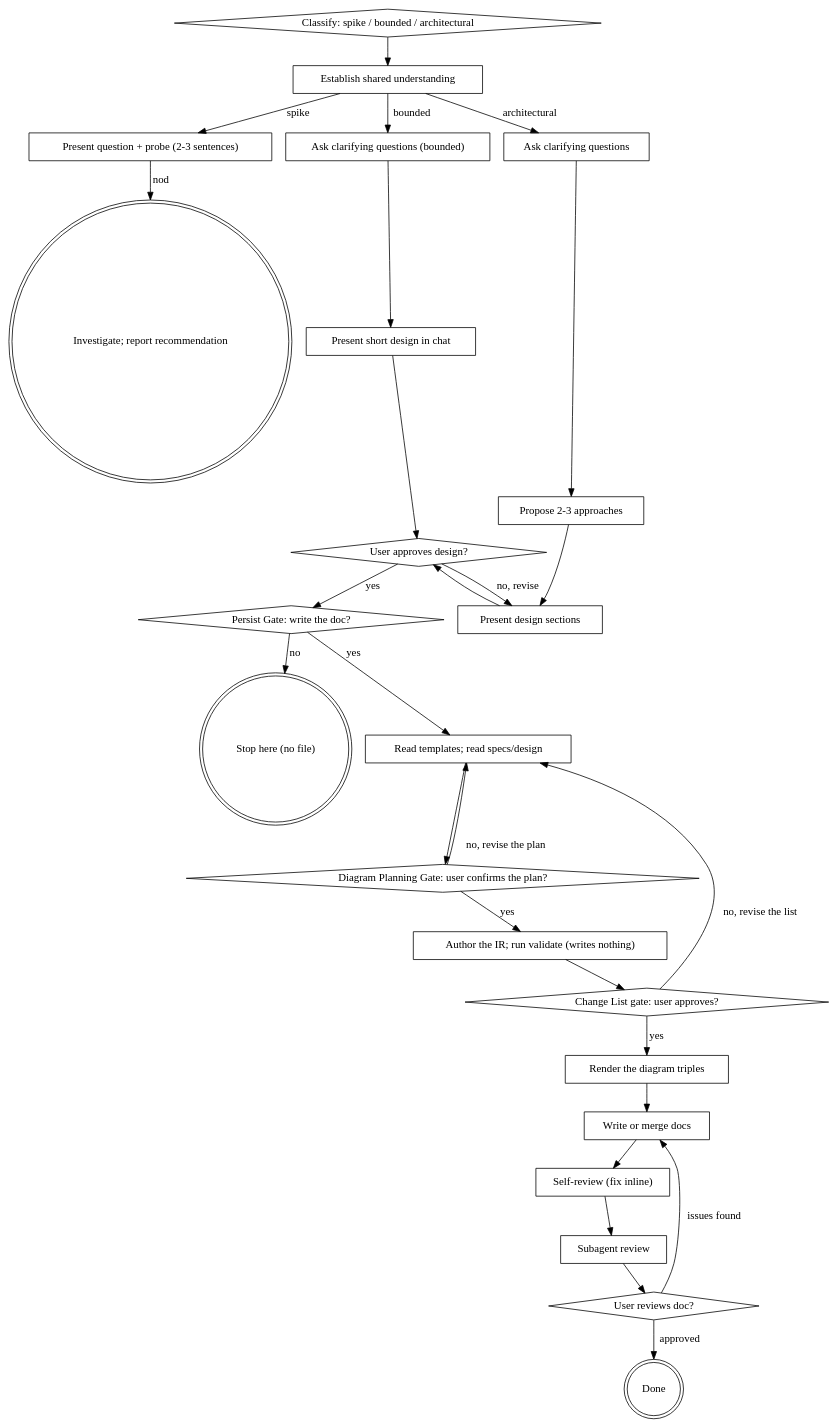
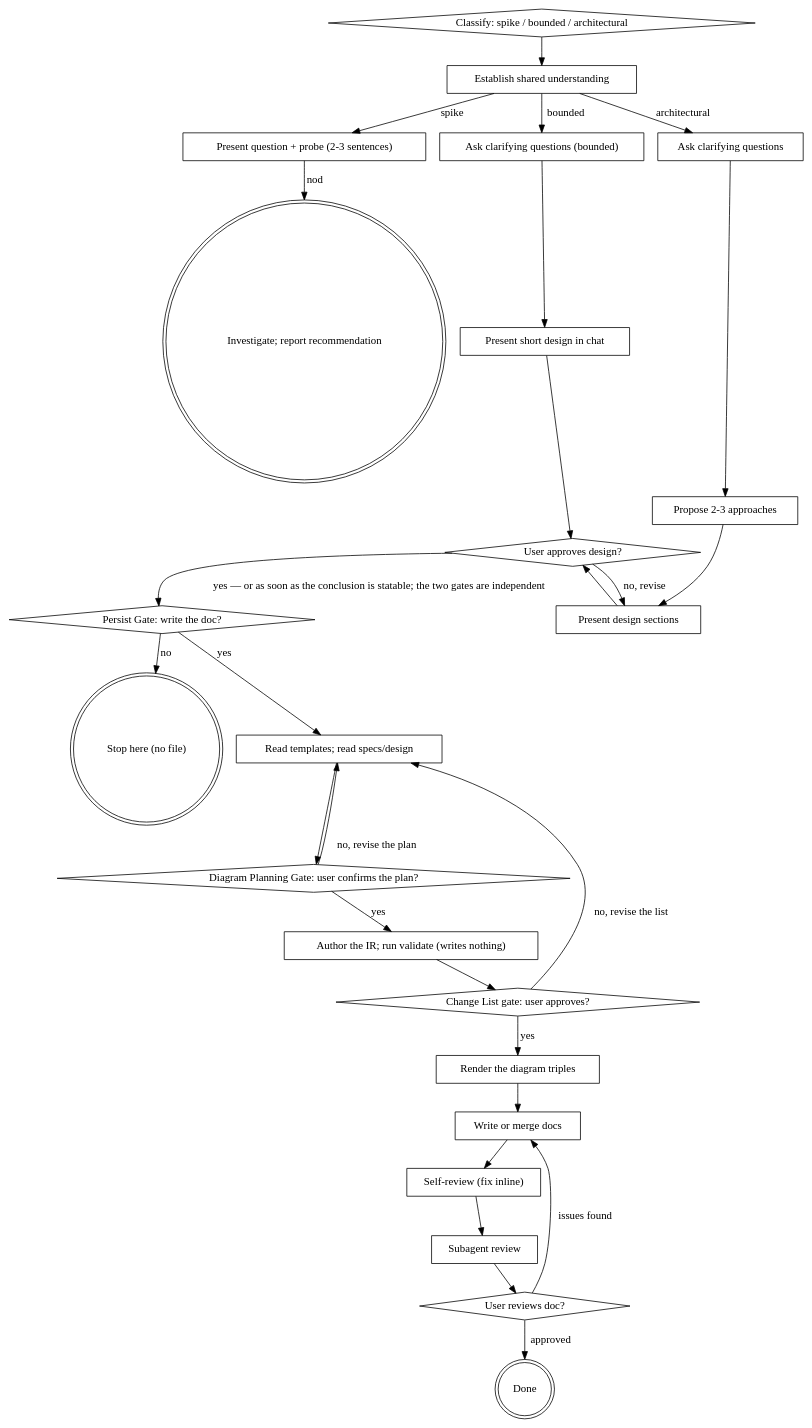
One commit to ZiyiXingYao/brainstorming-archify changed the diagram in skill/SKILL.md. Above: the diagram before and after it, drawn with Graphviz. The commit also changed 7 other files, not shown here.

````diff
--- a/skill/SKILL.md
+++ b/skill/SKILL.md
@@ -240,53 +240,53 @@
 ```dot
 digraph brainstorming {
 "Classify: spike / bounded / architectural" [shape=diamond];
 "Establish shared understanding" [shape=box];
     "Present question + probe (2-3 sentences)" [shape=box];
     "Ask clarifying questions (bounded)" [shape=box];
     "Present short design in chat" [shape=box];
     "Ask clarifying questions" [shape=box];
     "Propose 2-3 approaches" [shape=box];
     "Present design sections" [shape=box];
     "User approves design?" [shape=diamond];
     "Investigate; report recommendation" [shape=doublecircle];
     "Persist Gate: write the doc?" [shape=diamond];
     "Stop here (no file)" [shape=doublecircle];
     "Read templates; read specs/design" [shape=box];
     "Diagram Planning Gate: user confirms the plan?" [shape=diamond];
     "Author the IR; run validate (writes nothing)" [shape=box];
     "Change List gate: user approves?" [shape=diamond];
     "Render the diagram triples" [shape=box];
     "Write or merge docs" [shape=box];
     "Self-review (fix inline)" [shape=box];
     "Subagent review" [shape=box];
     "User reviews doc?" [shape=diamond];
     "Done" [shape=doublecircle];
 
 "Classify: spike / bounded / architectural" -> "Establish shared understanding";
 "Establish shared understanding" -> "Present question + probe (2-3 sentences)" [label="spike"];
 "Establish shared understanding" -> "Ask clarifying questions (bounded)" [label="bounded"];
 "Establish shared understanding" -> "Ask clarifying questions" [label="architectural"];
     "Present question + probe (2-3 sentences)" -> "Investigate; report recommendation" [label="nod"];
     "Ask clarifying questions (bounded)" -> "Present short design in chat";
     "Present short design in chat" -> "User approves design?";
     "Ask clarifying questions" -> "Propose 2-3 approaches";
     "Propose 2-3 approaches" -> "Present design sections";
     "Present design sections" -> "User approves design?";
     "User approves design?" -> "Present design sections" [label="no, revise"];
-    "User approves design?" -> "Persist Gate: write the doc?" [label="yes"];
+    "User approves design?" -> "Persist Gate: write the doc?" [label="yes — or as soon as the conclusion is statable; the two gates are independent"];
     "Persist Gate: write the doc?" -> "Stop here (no file)" [label="no"];
     "Persist Gate: write the doc?" -> "Read templates; read specs/design" [label="yes"];
     "Read templates; read specs/design" -> "Diagram Planning Gate: user confirms the plan?";
     "Diagram Planning Gate: user confirms the plan?" -> "Author the IR; run validate (writes nothing)" [label="yes"];
     "Diagram Planning Gate: user confirms the plan?" -> "Read templates; read specs/design" [label="no, revise the plan"];
     "Author the IR; run validate (writes nothing)" -> "Change List gate: user approves?";
     "Change List gate: user approves?" -> "Render the diagram triples" [label="yes"];
     "Change List gate: user approves?" -> "Read templates; read specs/design" [label="no, revise the list"];
     "Render the diagram triples" -> "Write or merge docs";
     "Write or merge docs" -> "Self-review (fix inline)";
     "Self-review (fix inline)" -> "Subagent review";
     "Subagent review" -> "User reviews doc?";
     "User reviews doc?" -> "Write or merge docs" [label="issues found"];
     "User reviews doc?" -> "Done" [label="approved"];
 }
 ```
````
